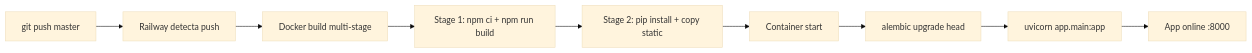
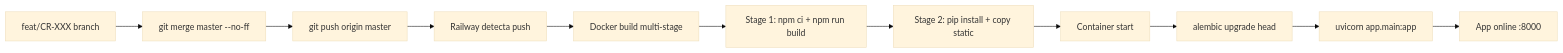
Before and after one commit to RafaelPeixoto01/meu-controle: the diagram in docs/05-DEPLOY-GUIDE.md, drawn with Mermaid (base theme). The commit also changed other lines of this file and 11 other files, not shown here.

````diff
--- a/docs/05-DEPLOY-GUIDE.md
+++ b/docs/05-DEPLOY-GUIDE.md
@@ -24,11 +24,13 @@
 ```mermaid
 graph LR
-    A[git push master] --> B[Railway detecta push]
-    B --> C[Docker build multi-stage]
-    C --> D[Stage 1: npm ci + npm run build]
-    D --> E[Stage 2: pip install + copy static]
-    E --> F[Container start]
-    F --> G[alembic upgrade head]
-    G --> H[uvicorn app.main:app]
-    H --> I[App online :8000]
+    A[feat/CR-XXX branch] --> B[git merge master --no-ff]
+    B --> C[git push origin master]
+    C --> D[Railway detecta push]
+    D --> E[Docker build multi-stage]
+    E --> F[Stage 1: npm ci + npm run build]
+    F --> G[Stage 2: pip install + copy static]
+    G --> H[Container start]
+    H --> I[alembic upgrade head]
+    I --> J[uvicorn app.main:app]
+    J --> K[App online :8000]
 ```
````
